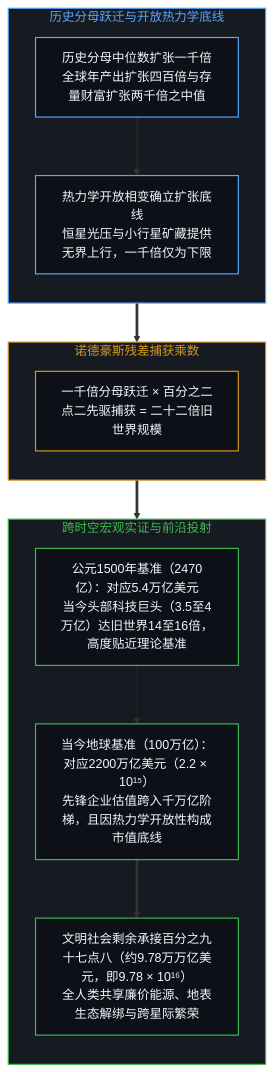
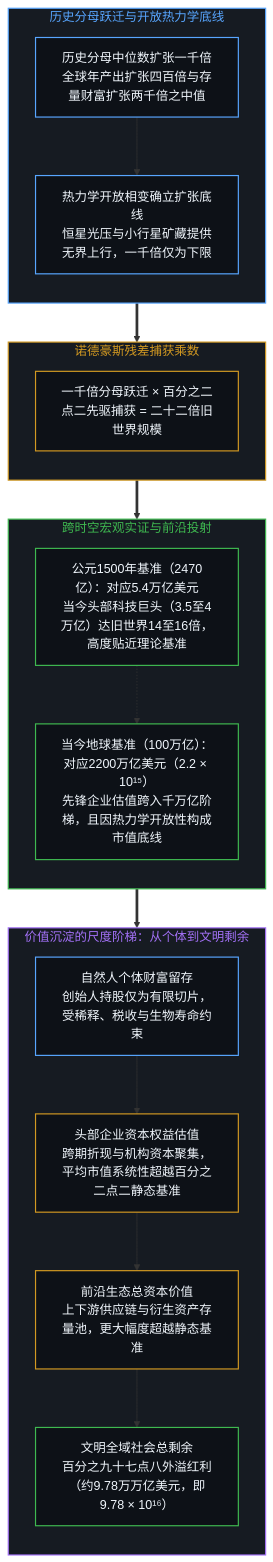
One commit to powerpig99/not-a-toe changed the seventh of 14 diagrams in content/posts/beyond-the-hundred-trillion-horizon.md. Above: the diagram before and after it, drawn with Mermaid. The commit also changed other lines of this file and 4 other files, not shown here.

````diff
--- a/content/posts/beyond-the-hundred-trillion-horizon.md
+++ b/content/posts/beyond-the-hundred-trillion-horizon.md
@@ -277,36 +277,45 @@
 ```mermaid
 flowchart TD
     classDef default fill:#0d1117,stroke:#30363d,stroke-width:1px,color:#f0f6fc;
     classDef mind fill:#0d1117,stroke:#3fb950,stroke-width:1.5px,color:#f0f6fc;
     classDef warn fill:#0d1117,stroke:#d29922,stroke-width:1.5px,color:#f0f6fc;
     classDef fail fill:#0d1117,stroke:#f85149,stroke-width:1.5px,color:#f0f6fc;
     classDef model fill:#0d1117,stroke:#58a6ff,stroke-width:1.5px,color:#f0f6fc;
 
     subgraph S_DENOM_ZH ["历史分母跃迁与开放热力学底线"]
         direction TB
         MEDIAN["历史分母中位数扩张一千倍<br/>全球年产出扩张四百倍与存量财富扩张两千倍之中值"]:::model
         FLOOR["热力学开放相变确立扩张底线<br/>恒星光压与小行星矿藏提供无界上行，一千倍仅为下限"]:::model
         MEDIAN --> FLOOR
     end
 
     subgraph S_FORMULA_ZH ["诺德豪斯残差捕获乘数"]
         direction TB
         CALC["一千倍分母跃迁 × 百分之二点二先驱捕获 = 二十二倍旧世界规模"]:::warn
     end
 
     subgraph S_MAPPING_ZH ["跨时空宏观实证与前沿投射"]
         direction TB
         HIST_VAL["公元1500年基准（2470亿）：对应5.4万亿美元<br/>当今头部科技巨头（3.5至4万亿）达旧世界14至16倍，高度贴近理论基准"]:::mind
         SPACE_VAL["当今地球基准（100万亿）：对应2200万亿美元（2.2 × 10¹⁵）<br/>先锋企业估值跨入千万亿阶梯，且因热力学开放性构成市值底线"]:::mind
-        SURPLUS["文明社会剩余承接百分之九十七点八（约9.78万万亿美元，即9.78 × 10¹⁶）<br/>全人类共享廉价能源、地表生态解绑与跨星际繁荣"]:::mind
         HIST_VAL -.-> SPACE_VAL
-        SPACE_VAL ==> SURPLUS
+    end
+
+    subgraph S_LADDER_ZH ["价值沉淀的尺度阶梯：从个体到文明剩余"]
+        direction TB
+        INDIV["自然人个体财富留存<br/>创始人持股仅为有限切片，受稀释、税收与生物寿命约束"]:::model
+        CORP["头部企业资本权益估值<br/>跨期折现与机构资本聚集，平均市值系统性超越百分之二点二静态基准"]:::warn
+        ECOSYS["前沿生态总资本价值<br/>上下游供应链与衍生资产存量池，更大幅度超越静态基准"]:::warn
+        SURPLUS["文明全域社会总剩余<br/>百分之九十七点八外溢红利（约9.78万万亿美元，即9.78 × 10¹⁶）"]:::mind
+        INDIV --> CORP --> ECOSYS --> SURPLUS
     end
 
     S_DENOM_ZH ==> S_FORMULA_ZH
     S_FORMULA_ZH ==> S_MAPPING_ZH
+    S_MAPPING_ZH ==> S_LADDER_ZH
 
     style S_DENOM_ZH fill:#161b22,stroke:#58a6ff,stroke-width:1.5px,color:#58a6ff
     style S_FORMULA_ZH fill:#161b22,stroke:#d29922,stroke-width:1.5px,color:#d29922
     style S_MAPPING_ZH fill:#161b22,stroke:#3fb950,stroke-width:1.5px,color:#3fb950
+    style S_LADDER_ZH fill:#161b22,stroke:#a371f7,stroke-width:1.5px,color:#a371f7
 ```
````
